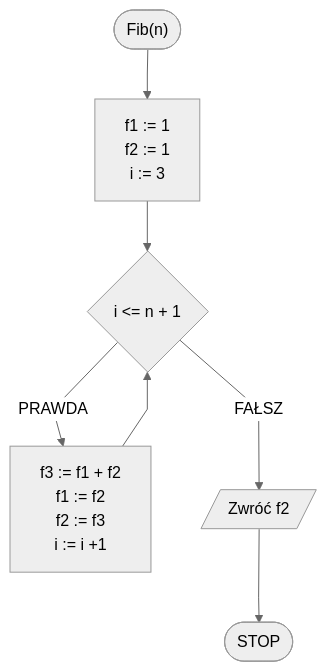
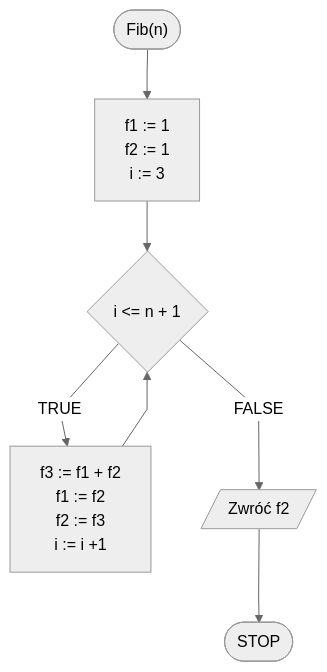
The second of 2 diagrams in docs/algorithms/integers/fibonacci-numbers.md (blackbat13/edu-cs-htiew-en), drawn with Mermaid before and after one commit. The commit also changed other lines of this file and 682 other files, not shown here.

````diff
--- a/docs/algorithms/integers/fibonacci-numbers.md
+++ b/docs/algorithms/integers/fibonacci-numbers.md
@@ -74,15 +74,15 @@
 ```mermaid
 %%{init: {"flowchart": {"curve": "linear"}, "theme": "neutral"} }%%
 flowchart TD
 	START(["Fib(n)"]) --> K1["f1 := 1
     f2 := 1
     i := 3"]
 	K1 --> K3{i <= n + 1}
-	K3 -- PRAWDA --> K4["f3 := f1 + f2
+	K3 -- TRUE --> K4["f3 := f1 + f2
     f1 := f2
     f2 := f3
     i := i +1"]
 	K4 --> K3
-	K3 -- FAŁSZ --> K7[/Zwróć f2/]
+	K3 -- FALSE --> K7[/Zwróć f2/]
 	K7 --> STOP([STOP])
 ```
````
